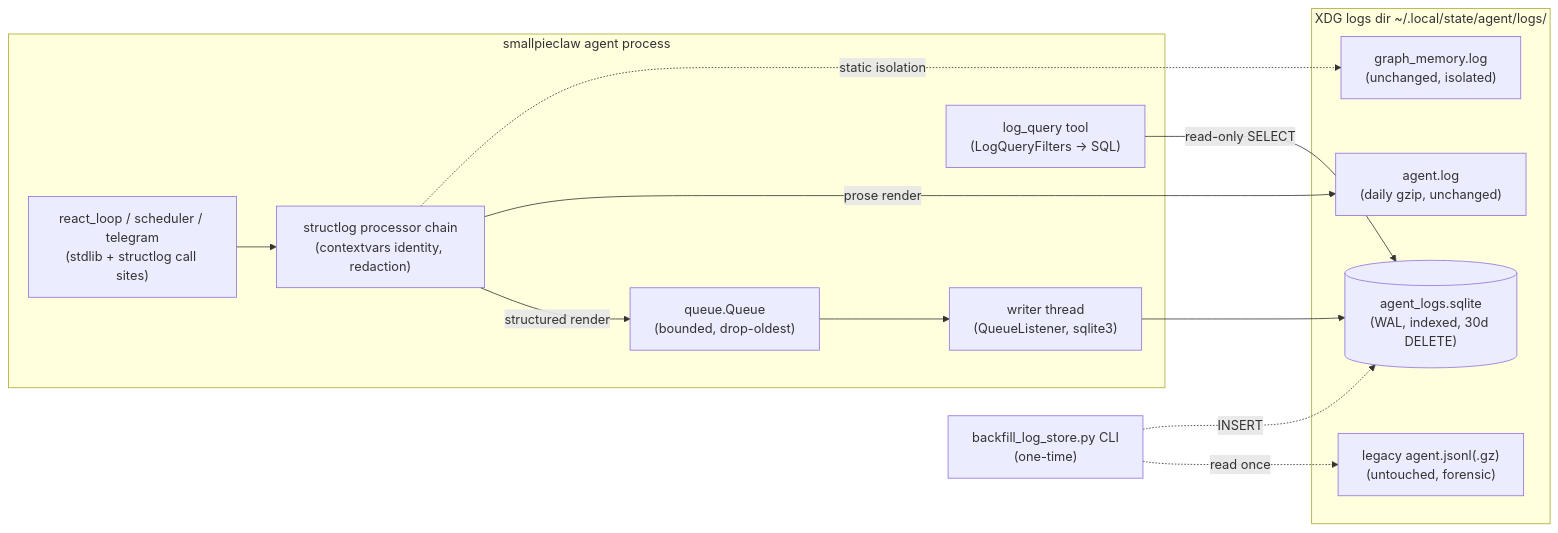
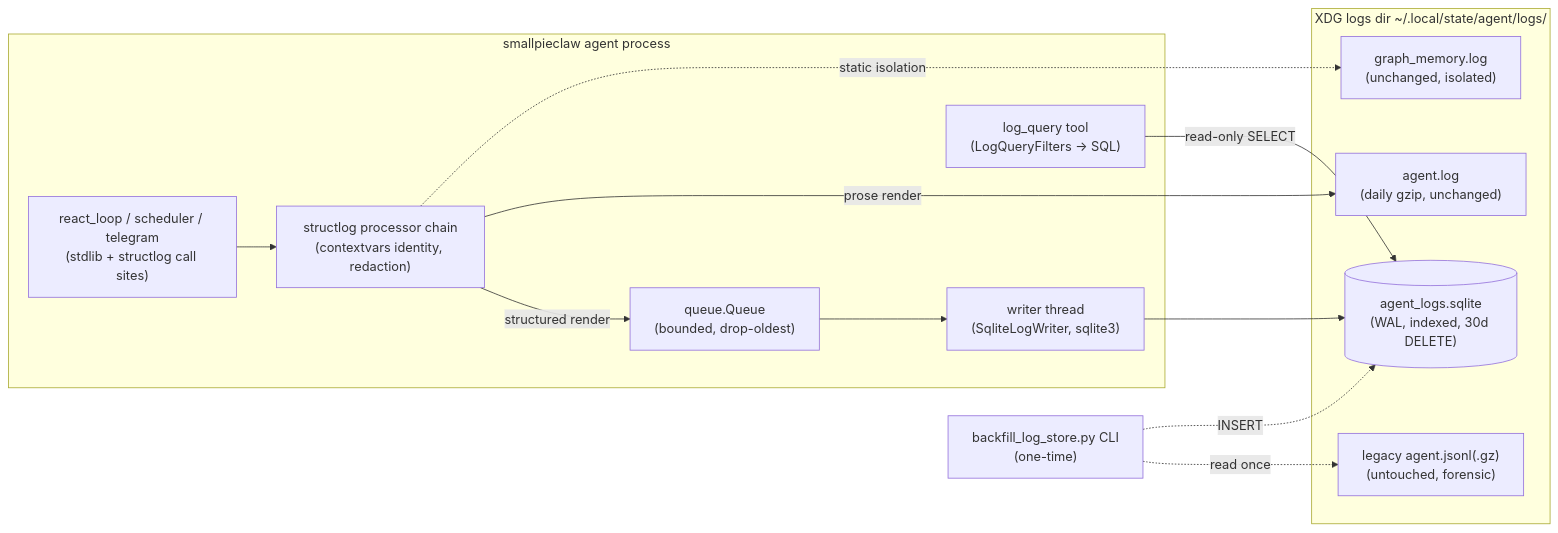
The first of 2 diagrams in openspec/changes/sqlite-structured-log-store/design.md (padlik/smallpieclaw), drawn with Mermaid before and after one commit. The commit also changed other lines of this file and 29 other files, not shown here.

First line of the commit message:
feat: replace JSONL structured sink with SQLite WAL log store (sqlite-structured-log-store)

````diff
--- a/openspec/changes/sqlite-structured-log-store/design.md
+++ b/openspec/changes/sqlite-structured-log-store/design.md
@@ -112,23 +112,23 @@
 ```mermaid
 flowchart LR
     subgraph agent["smallpieclaw agent process"]
         RC["react_loop / scheduler / telegram\n(stdlib + structlog call sites)"]
         CH["structlog processor chain\n(contextvars identity, redaction)"]
         Q["queue.Queue\n(bounded, drop-oldest)"]
-        W["writer thread\n(QueueListener, sqlite3)"]
+        W["writer thread\n(SqliteLogWriter, sqlite3)"]
         LQ["log_query tool\n(LogQueryFilters → SQL)"]
     end
     subgraph logdir["XDG logs dir ~/.local/state/agent/logs/"]
         DB[("agent_logs.sqlite\n(WAL, indexed, 30d DELETE)")]
         PROSE["agent.log\n(daily gzip, unchanged)"]
         GM["graph_memory.log\n(unchanged, isolated)"]
         ARC["legacy agent.jsonl(.gz)\n(untouched, forensic)"]
     end
     RC --> CH
     CH -->|"structured render"| Q --> W --> DB
     CH -->|"prose render"| PROSE
     CH -.->|"static isolation"| GM
     LQ -->|"read-only SELECT"| DB
     BF["backfill_log_store.py CLI\n(one-time)"] -.->|"read once"| ARC
     BF -.->|"INSERT"| DB
 ```
````
